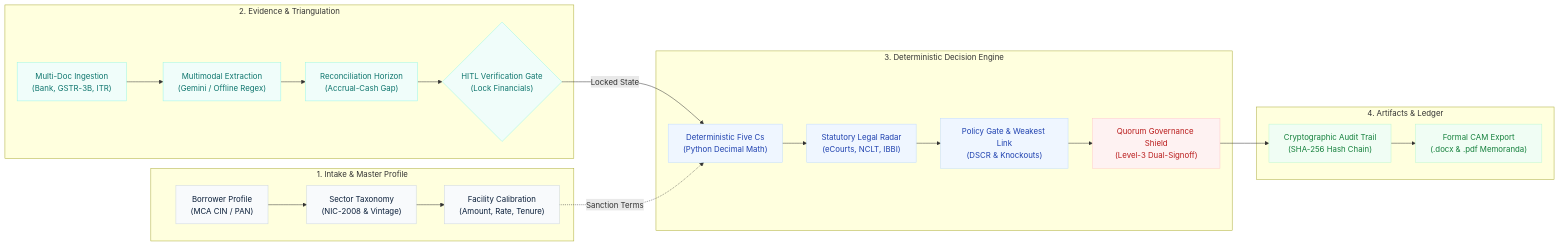
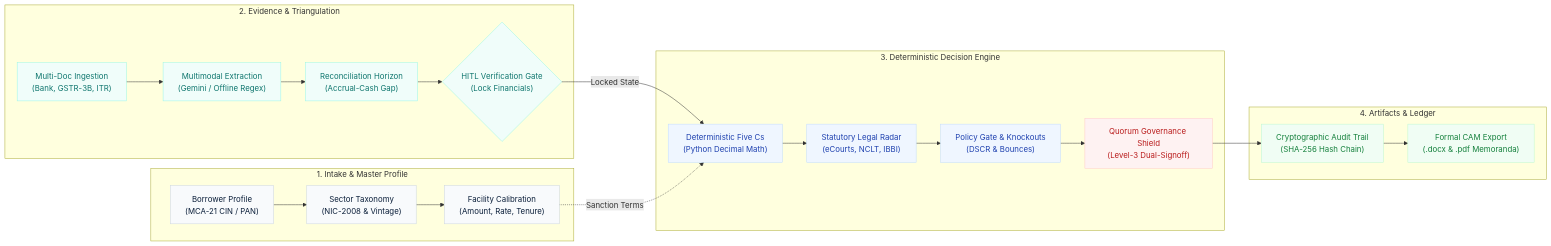
One commit to SRIVIGHNATEJA/CreditGate changed the first of 2 diagrams in README.md. Above: the diagram before and after it, drawn with Mermaid. The commit also changed other lines of this file, not shown here.

````diff
--- a/README.md
+++ b/README.md
@@ -41,34 +46,34 @@
 ```mermaid
 flowchart LR
-    %% Styles
+    %% Colors and Styles
     classDef intake fill:#f8fafc,stroke:#cbd5e1,stroke-width:1px,color:#0b1f3a;
     classDef extract fill:#f0fdfa,stroke:#99f6e4,stroke-width:1px,color:#0f766e;
     classDef core fill:#eff6ff,stroke:#bfdbfe,stroke-width:1px,color:#1e40af;
     classDef gov fill:#fef2f2,stroke:#fecaca,stroke-width:1px,color:#b91c1c;
     classDef export fill:#f0fdf4,stroke:#bbf7d0,stroke-width:1px,color:#15803d;
 
     subgraph Stage1 ["1. Intake & Master Profile"]
-        A["Borrower Profile<br/>(MCA CIN / PAN)"]:::intake --> B["Sector Taxonomy<br/>(NIC-2008 & Vintage)"]:::intake
+        A["Borrower Profile<br/>(MCA-21 CIN / PAN)"]:::intake --> B["Sector Taxonomy<br/>(NIC-2008 & Vintage)"]:::intake
         B --> C["Facility Calibration<br/>(Amount, Rate, Tenure)"]:::intake
     end
 
     subgraph Stage2 ["2. Evidence & Triangulation"]
         D["Multi-Doc Ingestion<br/>(Bank, GSTR-3B, ITR)"]:::extract --> E["Multimodal Extraction<br/>(Gemini / Offline Regex)"]:::extract
         E --> F["Reconciliation Horizon<br/>(Accrual-Cash Gap)"]:::extract
         F --> G{"HITL Verification Gate<br/>(Lock Financials)"}:::extract
     end
 
     subgraph Stage3 ["3. Deterministic Decision Engine"]
         G -- "Locked State" --> H["Deterministic Five Cs<br/>(Python Decimal Math)"]:::core
         H --> I["Statutory Legal Radar<br/>(eCourts, NCLT, IBBI)"]:::core
-        I --> J["Policy Gate & Weakest Link<br/>(DSCR & Knockouts)"]:::core
+        I --> J["Policy Gate & Knockouts<br/>(DSCR & Bounces)"]:::core
         J --> K["Quorum Governance Shield<br/>(Level-3 Dual-Signoff)"]:::gov
     end
 
     subgraph Stage4 ["4. Artifacts & Ledger"]
         K --> L["Cryptographic Audit Trail<br/>(SHA-256 Hash Chain)"]:::export
         L --> M["Formal CAM Export<br/>(.docx & .pdf Memoranda)"]:::export
     end
 
     C -. "Sanction Terms" .-> H
 ```
````
